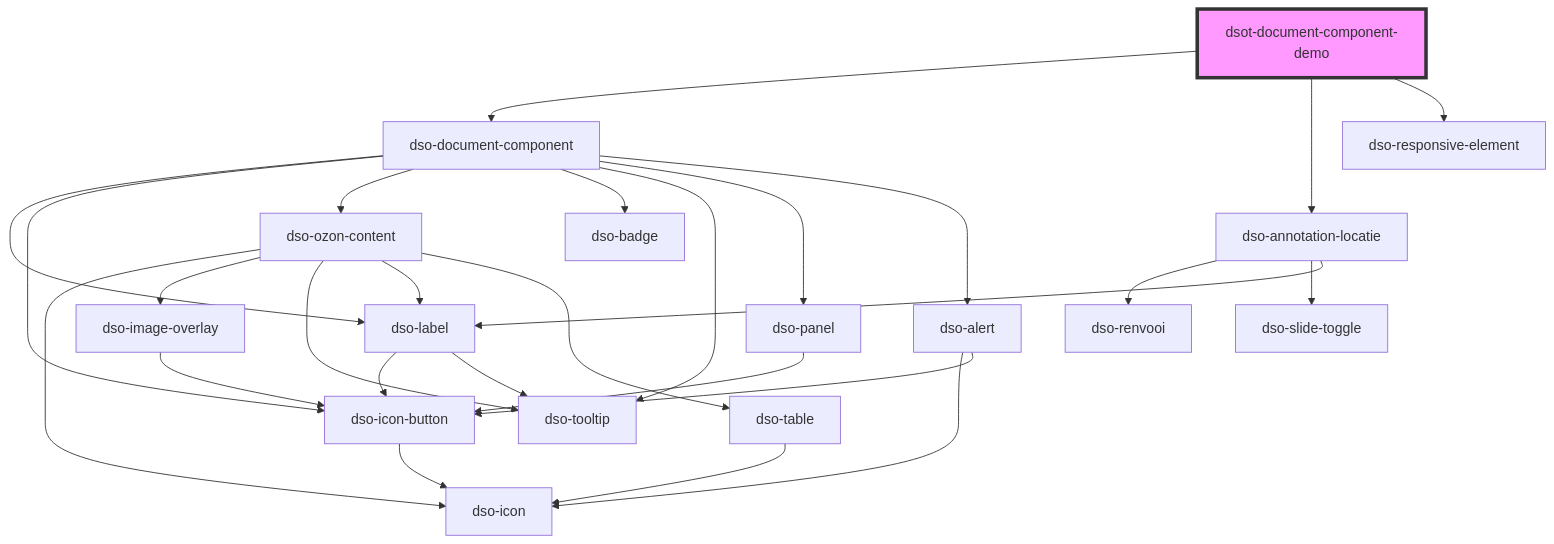
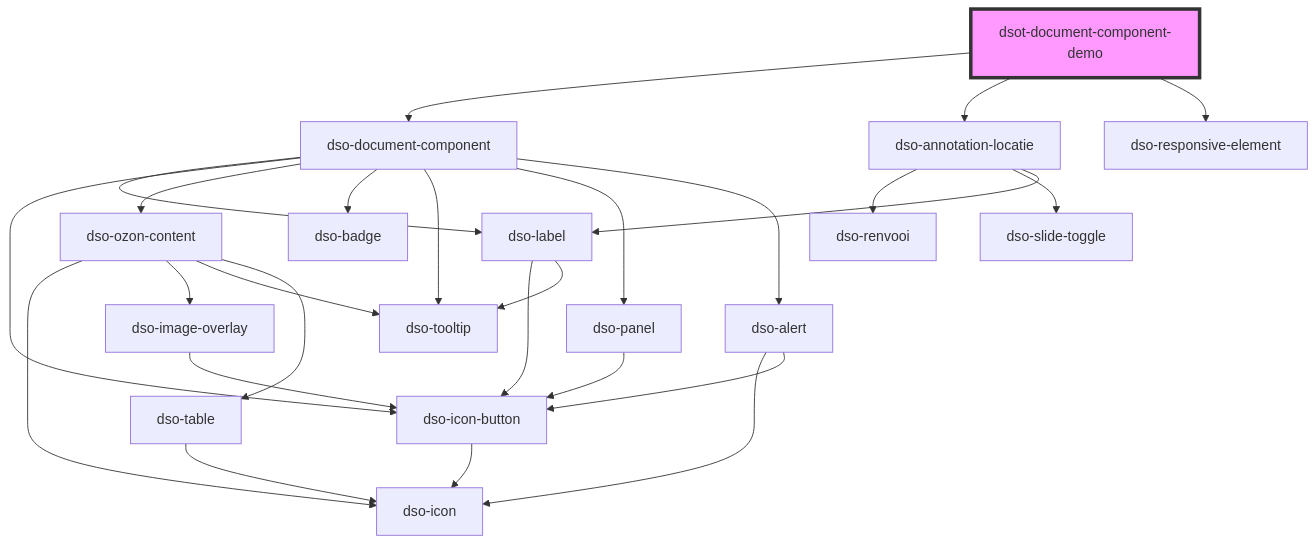
Before and after one commit to dso-toolkit/dso-toolkit: the diagram in packages/core/src/components/document-component-demo/readme.md, drawn with Mermaid. The commit also changed 7 other files, not shown here.

````diff
--- a/packages/core/src/components/document-component-demo/readme.md
+++ b/packages/core/src/components/document-component-demo/readme.md
@@ -36,30 +36,29 @@
 ```mermaid
 graph TD;
   dsot-document-component-demo --> dso-document-component
   dsot-document-component-demo --> dso-annotation-locatie
   dsot-document-component-demo --> dso-responsive-element
   dso-document-component --> dso-label
   dso-document-component --> dso-icon-button
   dso-document-component --> dso-ozon-content
   dso-document-component --> dso-badge
   dso-document-component --> dso-tooltip
   dso-document-component --> dso-panel
   dso-document-component --> dso-alert
   dso-label --> dso-icon-button
   dso-label --> dso-tooltip
   dso-icon-button --> dso-icon
   dso-ozon-content --> dso-icon
   dso-ozon-content --> dso-image-overlay
   dso-ozon-content --> dso-tooltip
-  dso-ozon-content --> dso-label
   dso-ozon-content --> dso-table
   dso-image-overlay --> dso-icon-button
   dso-table --> dso-icon
   dso-panel --> dso-icon-button
   dso-alert --> dso-icon
   dso-alert --> dso-icon-button
   dso-annotation-locatie --> dso-renvooi
   dso-annotation-locatie --> dso-slide-toggle
   dso-annotation-locatie --> dso-label
   style dsot-document-component-demo fill:#f9f,stroke:#333,stroke-width:4px
 ```
````
